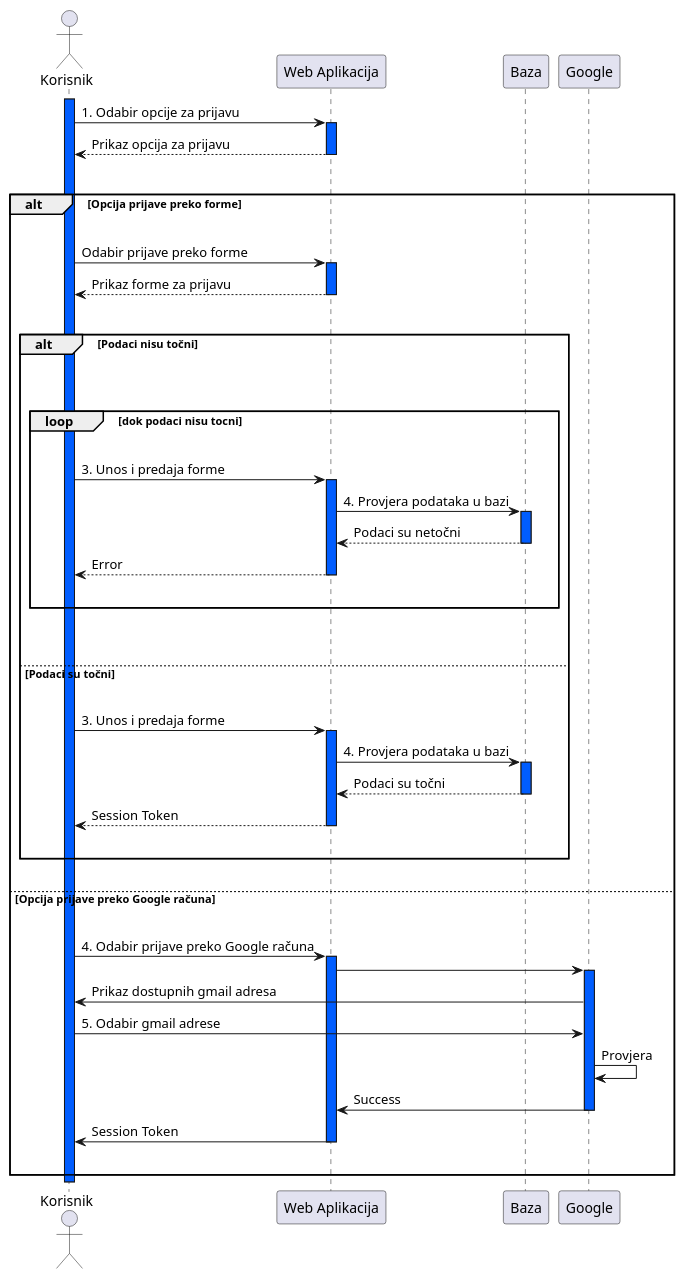
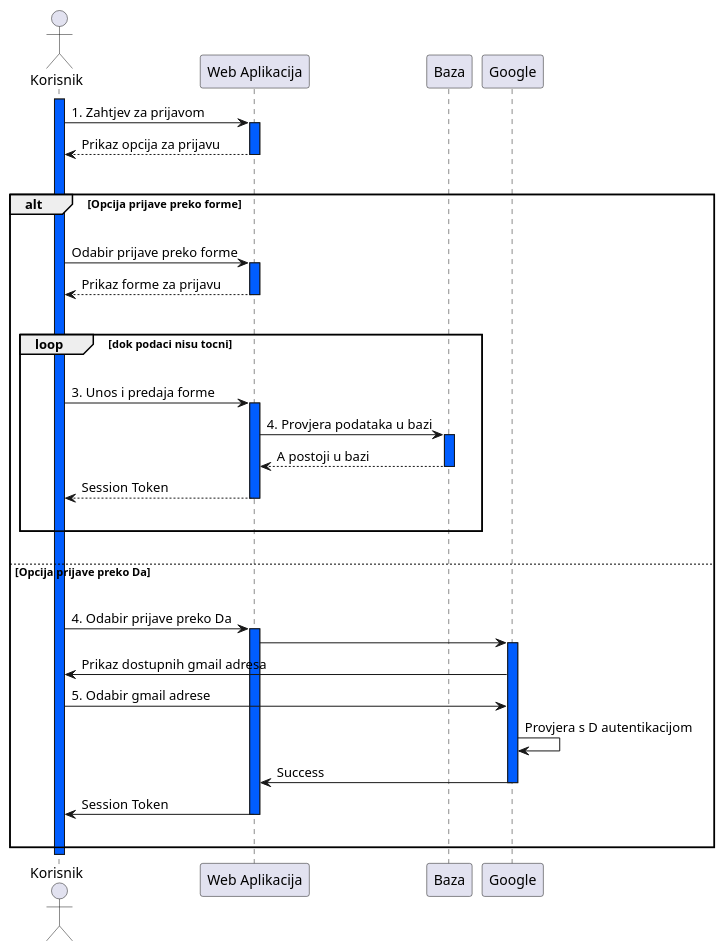
The diagram in documentation/diagrams/UMLSequence/loginSequence.pu (studensis/studius), drawn with PlantUML before and after one commit. The commit also changed 4 other files, not shown here.

```diff
--- a/documentation/diagrams/UMLSequence/loginSequence.pu
+++ b/documentation/diagrams/UMLSequence/loginSequence.pu
@@ -1,80 +1,60 @@
 @startuml loginSequence
 
 actor "Korisnik" as A
 participant "Web Aplikacija" as B
 participant "Baza" as C
 participant "Google" as D
 
 activate A #005DFF
 
-A -> B: 1. Odabir opcije za prijavu
+A -> B: 1. Zahtjev za prijavom
 activate B #005DFF
 B --> A: Prikaz opcija za prijavu
 deactivate B
 
 |||
 alt Opcija prijave preko forme
 |||
 
 A -> B: Odabir prijave preko forme
 activate B #005DFF
 B --> A: Prikaz forme za prijavu
 deactivate B
 
-
-|||
-alt Podaci nisu točni
-|||
 |||
 loop dok podaci nisu tocni
-|||
-A -> B: 3. Unos i predaja forme
-activate B #005DFF
-B -> C: 4. Provjera podataka u bazi
-activate C #005DFF
-C --> B: Podaci su netočni
-deactivate C
-B --> A: Error
-deactivate B
-
-|||
-end
-|||
-|||
-else Podaci su točni
 |||
 
 A -> B: 3. Unos i predaja forme
 activate B #005DFF
 B -> C: 4. Provjera podataka u bazi
 activate C #005DFF
-C --> B: Podaci su točni
+C --> B: A postoji u bazi
 deactivate C
 B --> A: Session Token
 deactivate B
 
-
 |||
 end
 |||
-else Opcija prijave preko Google računa
+else Opcija prijave preko Da
 |||
 
-    A -> B: 4. Odabir prijave preko Google računa
+    A -> B: 4. Odabir prijave preko Da
     	activate B #005DFF
     B -> D
     	activate D #005DFF
     D -> A: Prikaz dostupnih gmail adresa
     A -> D: 5. Odabir gmail adrese
-    D -> D: Provjera
+    D -> D: Provjera s D autentikacijom
     D -> B: Success
     	deactivate D
     B -> A: Session Token
     	deactivate B
 
 |||
 end
 
 deactivate A
 
 @enduml
```
